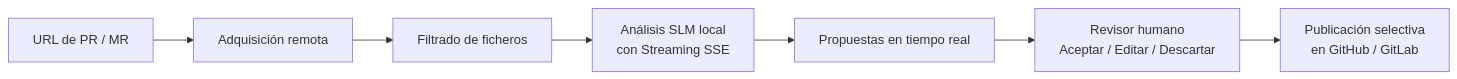
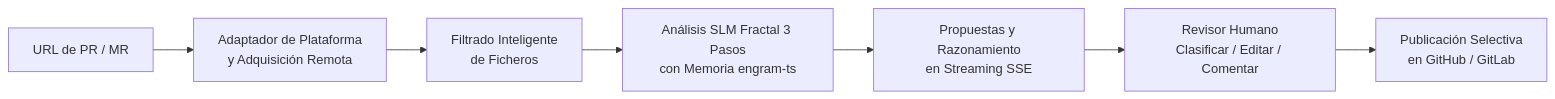
One commit to Mordaft/codereview-ai-assisted changed the first of 2 diagrams in README.es.md. Above: the diagram before and after it, drawn with Mermaid. The commit also changed other lines of this file and 1 other file, not shown here.

````diff
--- a/README.es.md
+++ b/README.es.md
@@ -68,9 +107,9 @@
 ```mermaid
 flowchart LR
-    A[URL de PR / MR] --> B[Adquisición remota]
-    B --> C[Filtrado de ficheros]
-    C --> D[Análisis SLM local\ncon Streaming SSE]
-    D --> E[Propuestas en tiempo real]
-    E --> F[Revisor humano\nAceptar / Editar / Descartar]
-    F --> G[Publicación selectiva\nen GitHub / GitLab]
+    A[URL de PR / MR] --> B[Adaptador de Plataforma\ny Adquisición Remota]
+    B --> C[Filtrado Inteligente\nde Ficheros]
+    C --> D[Análisis SLM Fractal 3 Pasos\ncon Memoria engram-ts]
+    D --> E[Propuestas y Razonamiento\nen Streaming SSE]
+    E --> F[Revisor Humano\nClasificar / Editar / Comentar]
+    F --> G[Publicación Selectiva\nen GitHub / GitLab]
 ```
````
